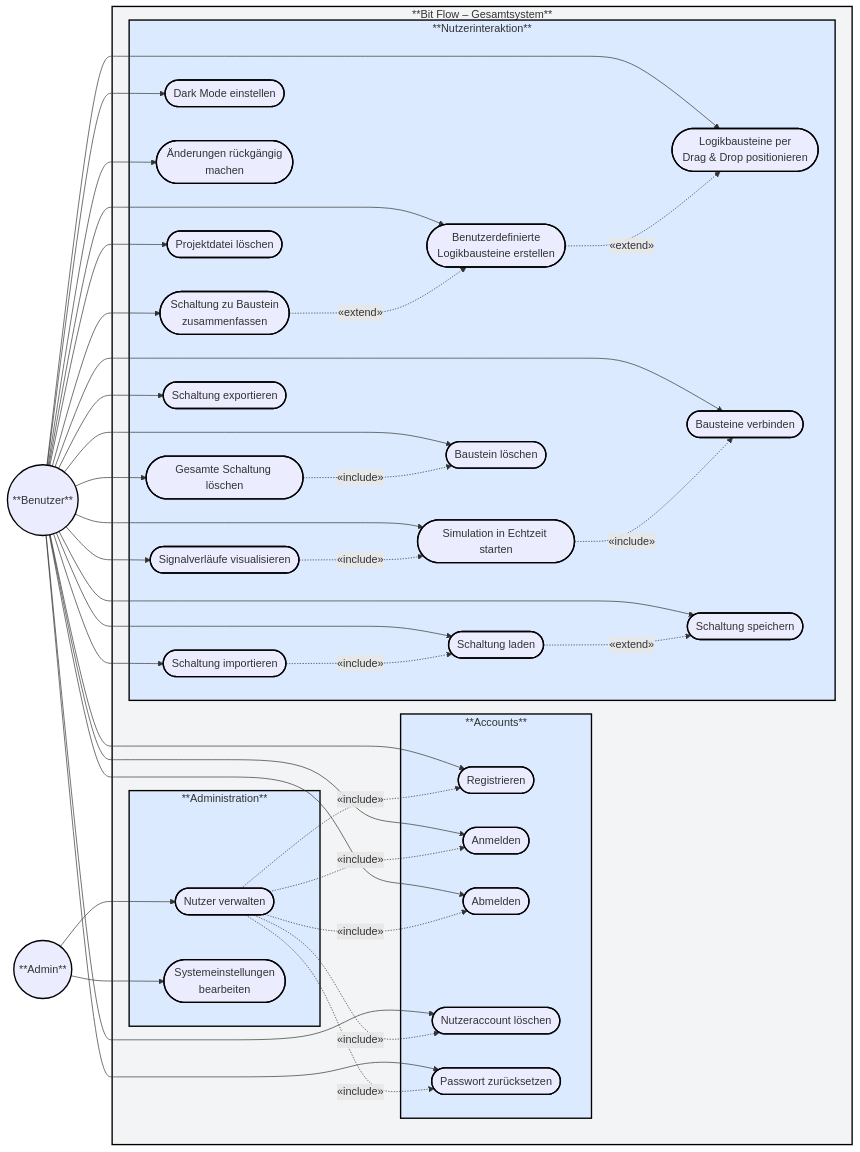
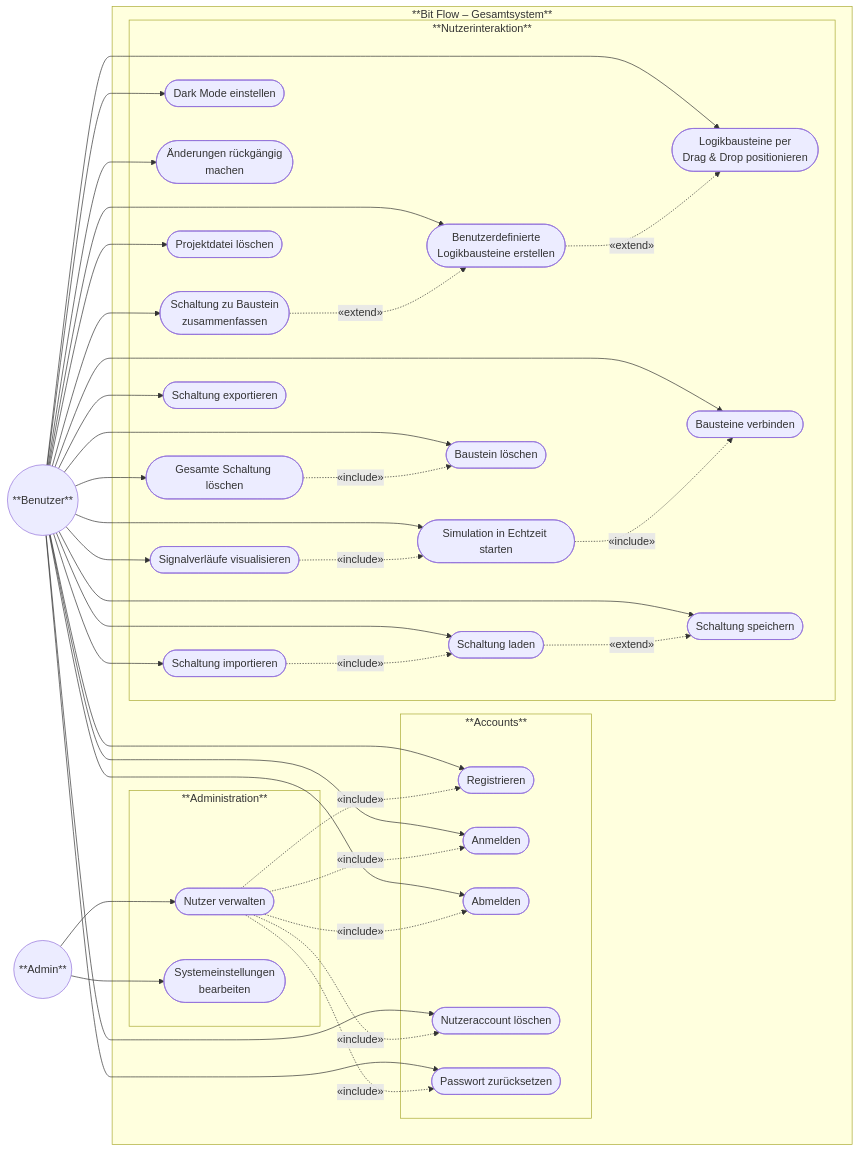
One commit to SimonJ2222/BitFlow changed the first of 23 diagrams in docs/use_cases/software_requirements_specification.md. Above: the diagram before and after it, drawn with Mermaid.

Commit message:
Styling Fix

````diff
--- a/docs/use_cases/software_requirements_specification.md
+++ b/docs/use_cases/software_requirements_specification.md
@@ -187,37 +187,4 @@
 UC21 -.->|«extend»| UC7
 UC20 -.->|«include»| UC9
 
-%% --- Farben und Rahmen ---
-style BitFlow fill:#f3f4f6,stroke:#000000,stroke-width:2px
-style Accounts fill:#dbeafe,stroke:#000000,stroke-width:2px
-style Administration fill:#dbeafe,stroke:#000000,stroke-width:2px
-style UserInteraction fill:#dbeafe,stroke:#000000,stroke-width:2px
-
-%% --- Akteure schwarz umranden ---
-style Benutzer stroke:#000000,stroke-width:2px
-style Admin stroke:#000000,stroke-width:2px
-
-%% --- Use Case Bausteine schwarz umranden ---
-style UC1 stroke:#000000,stroke-width:2px
-style UC2 stroke:#000000,stroke-width:2px
-style UC3 stroke:#000000,stroke-width:2px
-style UC4 stroke:#000000,stroke-width:2px
-style UC5 stroke:#000000,stroke-width:2px
-style UC6 stroke:#000000,stroke-width:2px
-style UC7 stroke:#000000,stroke-width:2px
-style UC8 stroke:#000000,stroke-width:2px
-style UC9 stroke:#000000,stroke-width:2px
-style UC10 stroke:#000000,stroke-width:2px
-style UC11 stroke:#000000,stroke-width:2px
-style UC12 stroke:#000000,stroke-width:2px
-style UC13 stroke:#000000,stroke-width:2px
-style UC14 stroke:#000000,stroke-width:2px
-style UC15 stroke:#000000,stroke-width:2px
-style UC16 stroke:#000000,stroke-width:2px
-style UC17 stroke:#000000,stroke-width:2px
-style UC18 stroke:#000000,stroke-width:2px
-style UC19 stroke:#000000,stroke-width:2px
-style UC20 stroke:#000000,stroke-width:2px
-style UC21 stroke:#000000,stroke-width:2px
-style UC22 stroke:#000000,stroke-width:2px
 ```
````
